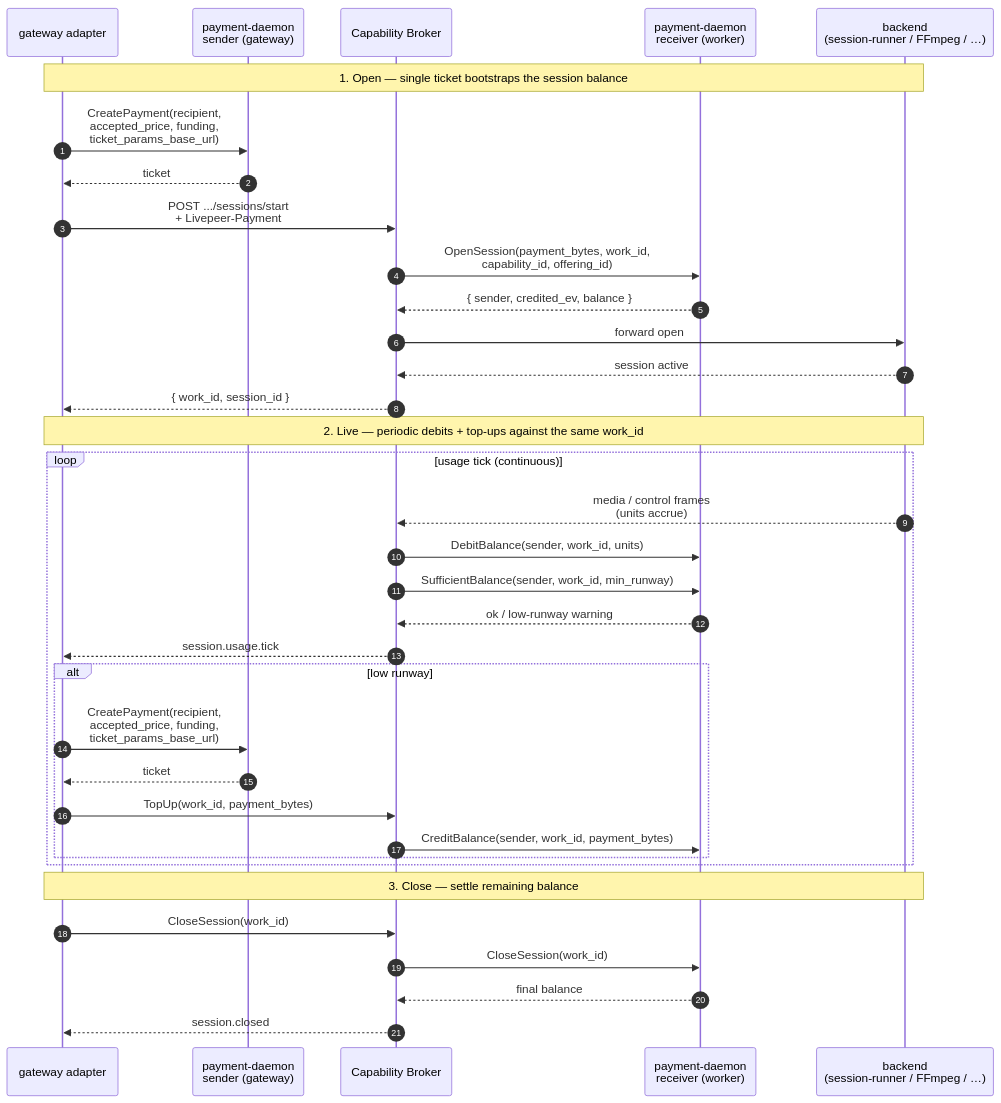
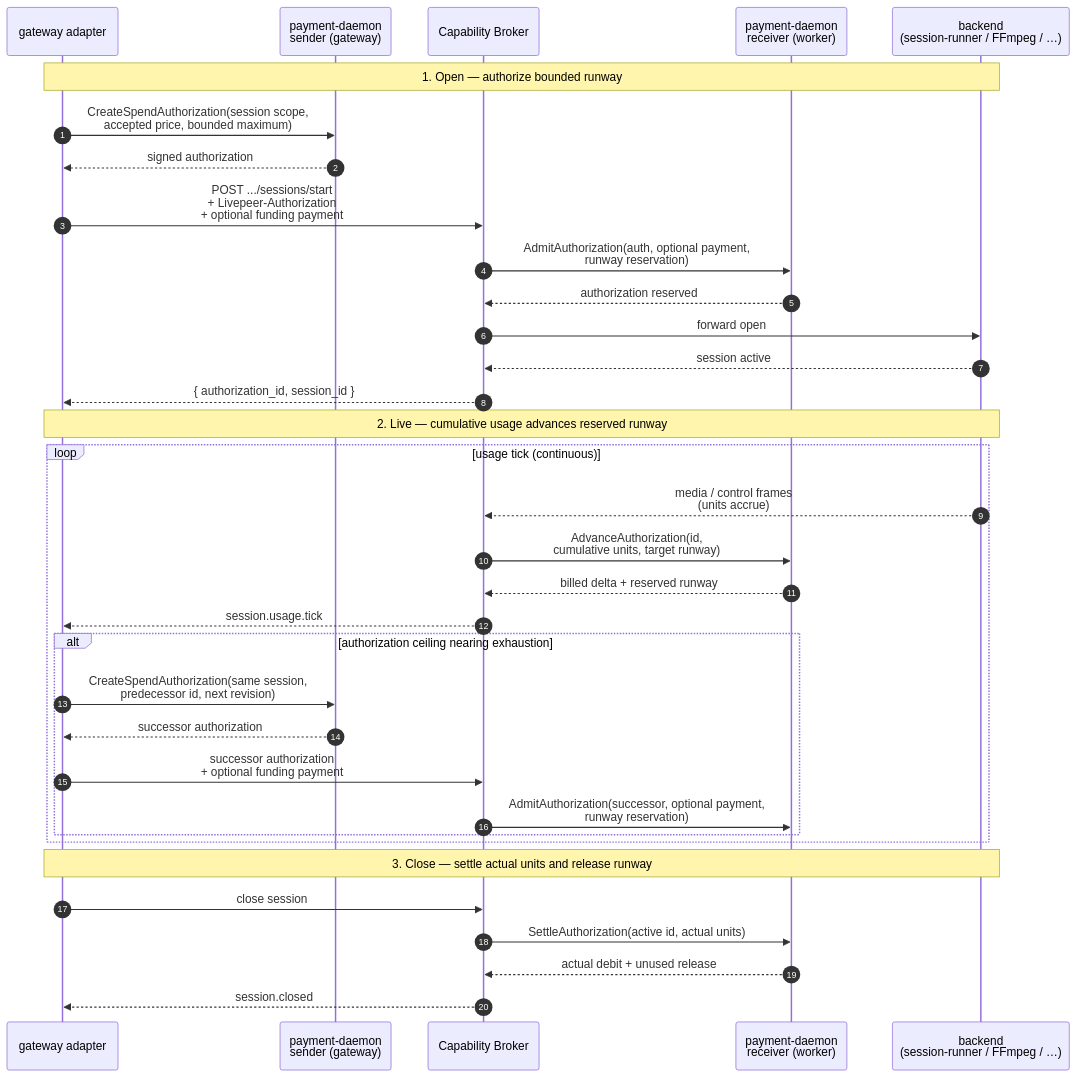
One commit to Cloud-SPE/livepeer-network-modules changed the seventh of 9 diagrams in docs/design-docs/architecture-overview.md. Above: the diagram before and after it, drawn with Mermaid. The commit also changed other lines of this file and 113 other files, not shown here.

Commit message:
feat: require wholesale spend authorization for paid work

````diff
--- a/docs/design-docs/architecture-overview.md
+++ b/docs/design-docs/architecture-overview.md
@@ -817,40 +818,39 @@
 ```mermaid
 sequenceDiagram
     autonumber
     participant GW as gateway adapter
     participant Sender as payment-daemon<br/>sender (gateway)
     participant Broker as Capability Broker
     participant Receiver as payment-daemon<br/>receiver (worker)
     participant Backend as backend<br/>(session-runner / FFmpeg / …)
 
-    Note over GW,Backend: 1. Open — single ticket bootstraps the session balance
-    GW->>Sender: CreatePayment(recipient,<br/>accepted_price, funding,<br/>ticket_params_base_url)
-    Sender-->>GW: ticket
-    GW->>Broker: POST .../sessions/start<br/>+ Livepeer-Payment
-    Broker->>Receiver: OpenSession(payment_bytes, work_id,<br/>capability_id, offering_id)
-    Receiver-->>Broker: { sender, credited_ev, balance }
+    Note over GW,Backend: 1. Open — authorize bounded runway
+    GW->>Sender: CreateSpendAuthorization(session scope,<br/>accepted price, bounded maximum)
+    Sender-->>GW: signed authorization
+    GW->>Broker: POST .../sessions/start<br/>+ Livepeer-Authorization<br/>+ optional funding payment
+    Broker->>Receiver: AdmitAuthorization(auth, optional payment,<br/>runway reservation)
+    Receiver-->>Broker: authorization reserved
     Broker->>Backend: forward open
     Backend-->>Broker: session active
-    Broker-->>GW: { work_id, session_id }
+    Broker-->>GW: { authorization_id, session_id }
 
-    Note over GW,Backend: 2. Live — periodic debits + top-ups against the same work_id
+    Note over GW,Backend: 2. Live — cumulative usage advances reserved runway
     loop usage tick (continuous)
         Backend-->>Broker: media / control frames<br/>(units accrue)
-        Broker->>Receiver: DebitBalance(sender, work_id, units)
-        Broker->>Receiver: SufficientBalance(sender, work_id, min_runway)
-        Receiver-->>Broker: ok / low-runway warning
+        Broker->>Receiver: AdvanceAuthorization(id,<br/>cumulative units, target runway)
+        Receiver-->>Broker: billed delta + reserved runway
         Broker-->>GW: session.usage.tick
-        alt low runway
-            GW->>Sender: CreatePayment(recipient,<br/>accepted_price, funding,<br/>ticket_params_base_url)
-            Sender-->>GW: ticket
-            GW->>Broker: TopUp(work_id, payment_bytes)
-            Broker->>Receiver: CreditBalance(sender, work_id, payment_bytes)
+        alt authorization ceiling nearing exhaustion
+            GW->>Sender: CreateSpendAuthorization(same session,<br/>predecessor id, next revision)
+            Sender-->>GW: successor authorization
+            GW->>Broker: successor authorization<br/>+ optional funding payment
+            Broker->>Receiver: AdmitAuthorization(successor, optional payment,<br/>runway reservation)
         end
     end
 
-    Note over GW,Backend: 3. Close — settle remaining balance
-    GW->>Broker: CloseSession(work_id)
-    Broker->>Receiver: CloseSession(work_id)
-    Receiver-->>Broker: final balance
+    Note over GW,Backend: 3. Close — settle actual units and release runway
+    GW->>Broker: close session
+    Broker->>Receiver: SettleAuthorization(active id, actual units)
+    Receiver-->>Broker: actual debit + unused release
     Broker-->>GW: session.closed
 ```
````
